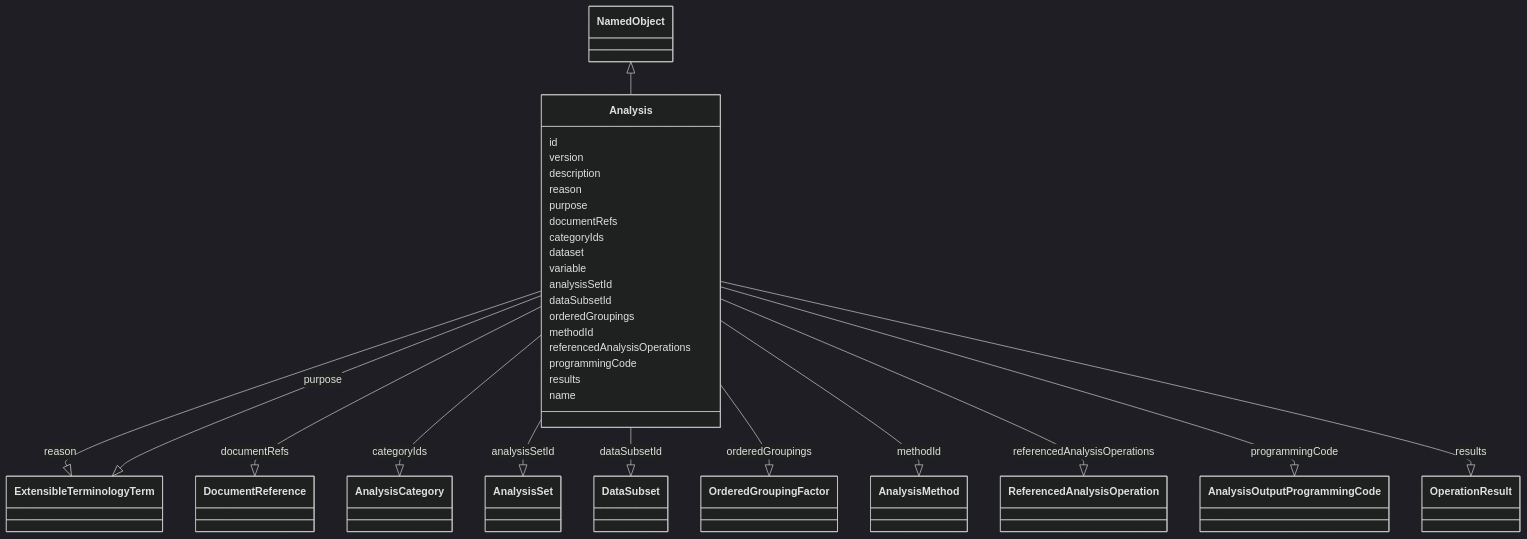
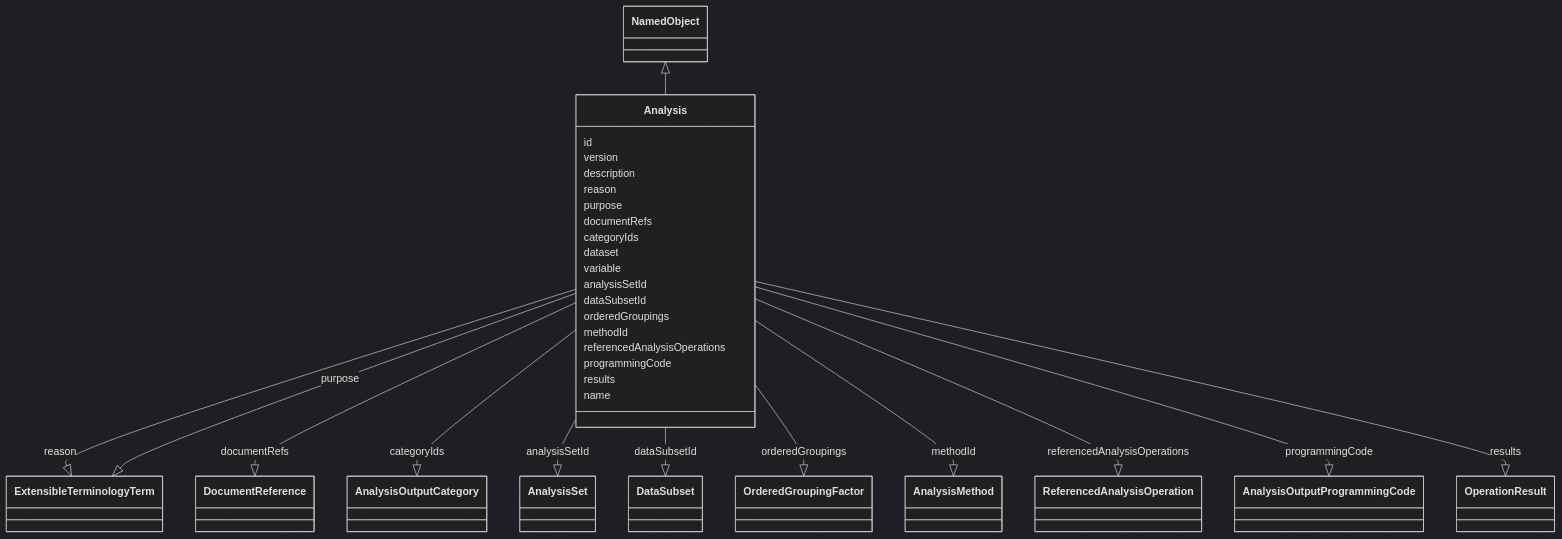
One commit to cdisc-org/analysis-results-standard changed the diagram in project/docs/Analysis.md. Above: the diagram before and after it, drawn with Mermaid (dark theme). The commit also changed other lines of this file and 93 other files, not shown here.

````diff
--- a/project/docs/Analysis.md
+++ b/project/docs/Analysis.md
@@ -23,35 +23,35 @@
 ```mermaid
  classDiagram
     class Analysis
       NamedObject <|-- Analysis
 
       Analysis : id
         Analysis : version
         Analysis : description
         Analysis : reason
         Analysis --|> ExtensibleTerminologyTerm : reason
         Analysis : purpose
         Analysis --|> ExtensibleTerminologyTerm : purpose
         Analysis : documentRefs
         Analysis --|> DocumentReference : documentRefs
         Analysis : categoryIds
-        Analysis --|> AnalysisCategory : categoryIds
+        Analysis --|> AnalysisOutputCategory : categoryIds
         Analysis : dataset
         Analysis : variable
         Analysis : analysisSetId
         Analysis --|> AnalysisSet : analysisSetId
         Analysis : dataSubsetId
         Analysis --|> DataSubset : dataSubsetId
         Analysis : orderedGroupings
         Analysis --|> OrderedGroupingFactor : orderedGroupings
         Analysis : methodId
         Analysis --|> AnalysisMethod : methodId
         Analysis : referencedAnalysisOperations
         Analysis --|> ReferencedAnalysisOperation : referencedAnalysisOperations
         Analysis : programmingCode
         Analysis --|> AnalysisOutputProgrammingCode : programmingCode
         Analysis : results
         Analysis --|> OperationResult : results
         Analysis : name
         
 ```
````
